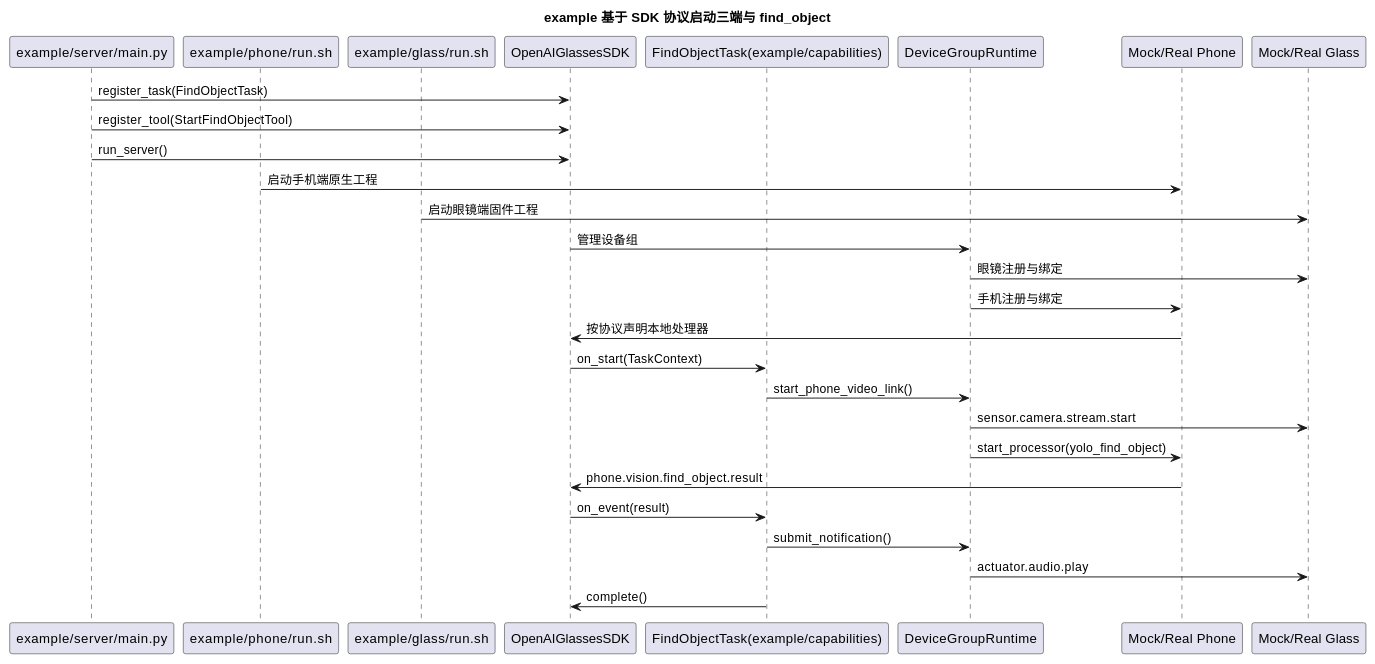
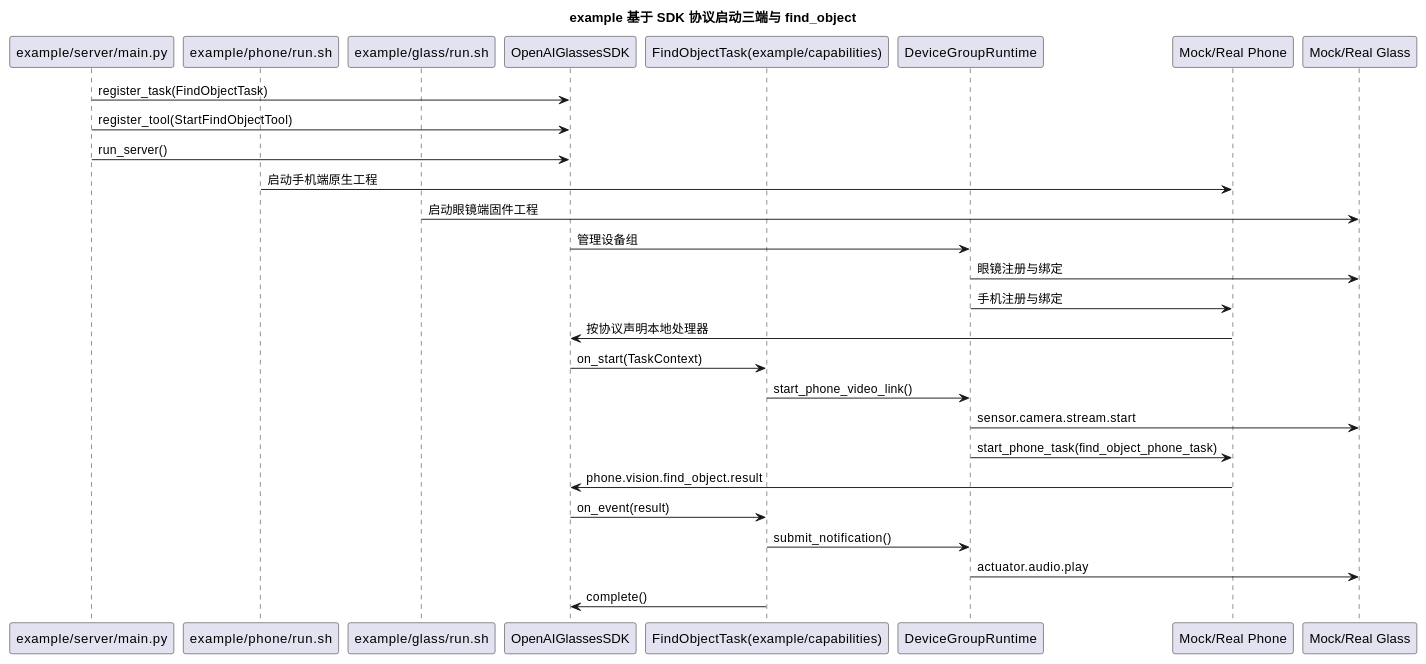
Before and after one commit to HengeLiu/RealtimeAgent: the second of 2 diagrams in doc/stage2/plan/第二期-SDK核心运行时与开发者扩展面产品化开发计划.md, drawn with PlantUML. The commit also changed other lines of this file and 228 other files, not shown here.

````diff
--- a/doc/stage2/plan/第二期-SDK核心运行时与开发者扩展面产品化开发计划.md
+++ b/doc/stage2/plan/第二期-SDK核心运行时与开发者扩展面产品化开发计划.md
@@ -675,34 +801,34 @@
 ```plantuml
 @startuml
 title example 基于 SDK 协议启动三端与 find_object
 
 participant "example/server/main.py" as SERVER
 participant "example/phone/run.sh" as PHONE_APP
 participant "example/glass/run.sh" as GLASS_APP
 participant "OpenAIGlassesSDK" as SDK
 participant "FindObjectTask(example/capabilities)" as TASK
 participant "DeviceGroupRuntime" as DGR
 participant "Mock/Real Phone" as PHONE
 participant "Mock/Real Glass" as GLASS
 
 SERVER -> SDK : register_task(FindObjectTask)
 SERVER -> SDK : register_tool(StartFindObjectTool)
 SERVER -> SDK : run_server()
 PHONE_APP -> PHONE : 启动手机端原生工程
 GLASS_APP -> GLASS : 启动眼镜端固件工程
 SDK -> DGR : 管理设备组
 DGR -> GLASS : 眼镜注册与绑定
 DGR -> PHONE : 手机注册与绑定
 PHONE -> SDK : 按协议声明本地处理器
 SDK -> TASK : on_start(TaskContext)
 TASK -> DGR : start_phone_video_link()
 DGR -> GLASS : sensor.camera.stream.start
-DGR -> PHONE : start_processor(yolo_find_object)
+DGR -> PHONE : start_phone_task(find_object_phone_task)
 PHONE -> SDK : phone.vision.find_object.result
 SDK -> TASK : on_event(result)
 TASK -> DGR : submit_notification()
 DGR -> GLASS : actuator.audio.play
 TASK -> SDK : complete()
 
 @enduml
 ```
````
